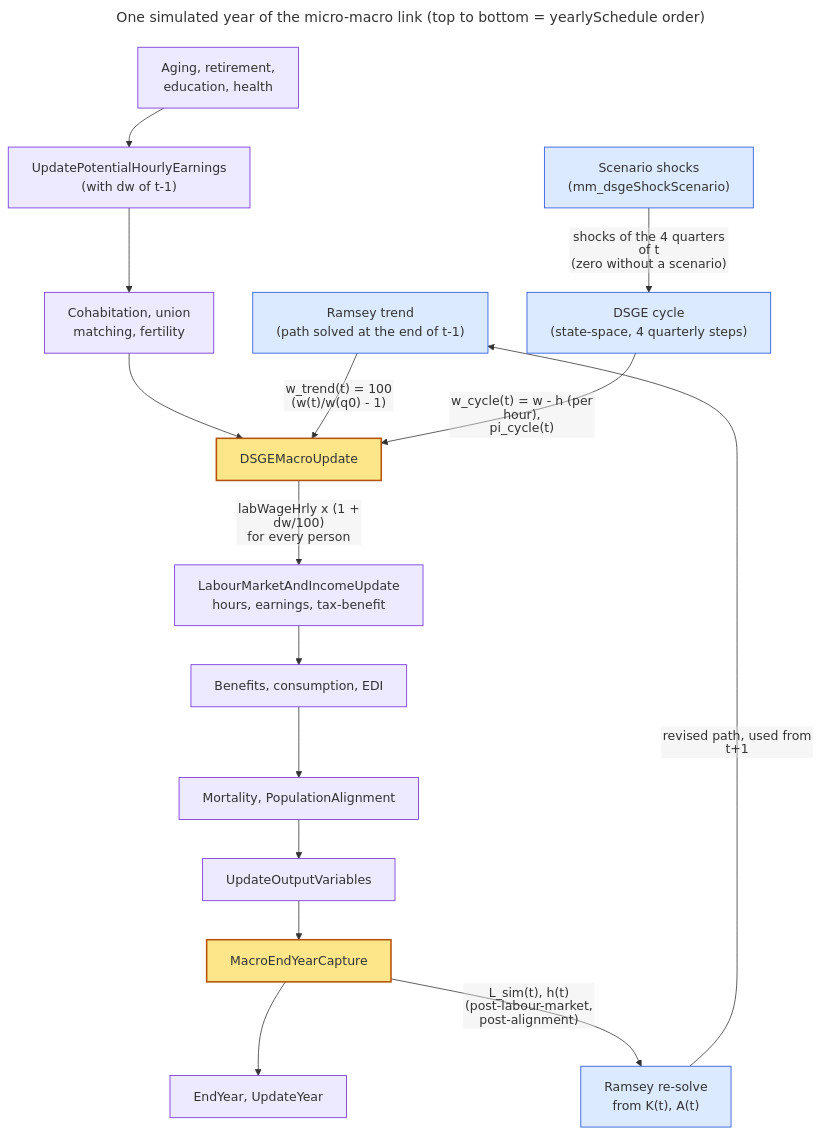
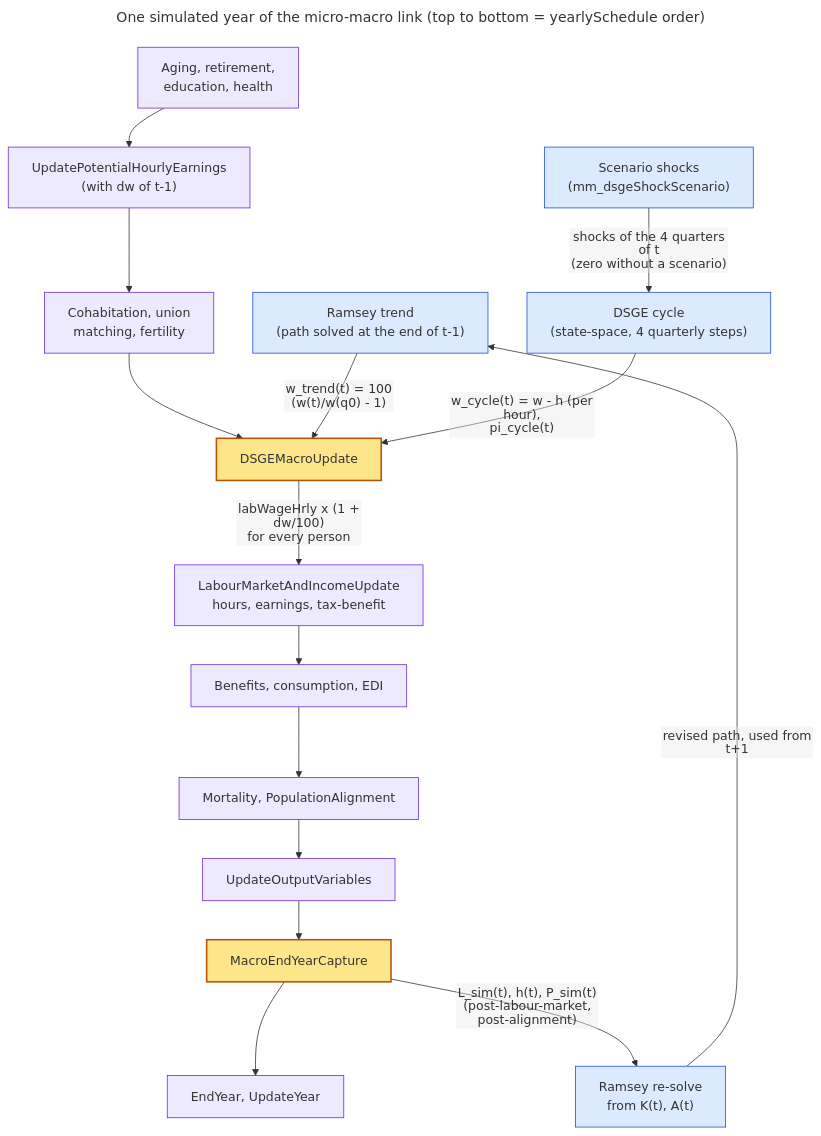
One commit to LiangShi369/SimPathsEUFork changed the first of 2 diagrams in input_processing/macromodel/docs/SimPaths_Coupling.md. Above: the diagram before and after it, drawn with Mermaid. The commit also changed other lines of this file and 145 other files, not shown here.

````diff
--- a/input_processing/macromodel/docs/SimPaths_Coupling.md
+++ b/input_processing/macromodel/docs/SimPaths_Coupling.md
@@ -235,42 +239,42 @@
 ```mermaid
 ---
 title: One simulated year of the micro-macro link (top to bottom = yearlySchedule order)
 config:
   flowchart:
     htmlLabels: false
     wrappingWidth: 400
 ---
 flowchart TB
   A["Aging, retirement,<br/>education, health"]
   W0["UpdatePotentialHourlyEarnings<br/>(with dw of t-1)"]
   U["Cohabitation, union<br/>matching, fertility"]
   M["DSGEMacroUpdate"]
   LM["LabourMarketAndIncomeUpdate<br/>hours, earnings, tax-benefit"]
   B["Benefits, consumption, EDI"]
   P["Mortality, PopulationAlignment"]
   O["UpdateOutputVariables"]
   E["MacroEndYearCapture"]
   Y["EndYear, UpdateYear"]
   R["Ramsey trend<br/>(path solved at the end of t-1)"]
   D["DSGE cycle<br/>(state-space, 4 quarterly steps)"]
   SC["Scenario shocks<br/>(mm_dsgeShockScenario)"]
   RS["Ramsey re-solve<br/>from K(t), A(t)"]
 
   A ~~~ R
   A --> W0 --> U --> M
   M -- "labWageHrly x (1 + dw/100)<br/>for every person" --> LM
   LM --> B --> P --> O --> E --> Y
 
   R -- "w_trend(t) = 100 (w(t)/w(q0) - 1)" --> M
   SC -- "shocks of the 4 quarters of t<br/>(zero without a scenario)" --> D
   D -- "w_cycle(t) = w - h (per hour),<br/>pi_cycle(t)" --> M
-  E -- "L_sim(t), h(t)<br/>(post-labour-market, post-alignment)" --> RS
+  E -- "L_sim(t), h(t), P_sim(t)<br/>(post-labour-market, post-alignment)" --> RS
   RS -- "revised path, used from t+1" --> R
 
   classDef micro fill:#ede9fe,stroke:#6d28d9;
   classDef link fill:#fde68a,stroke:#b45309,stroke-width:2px;
   classDef macro fill:#dbeafe,stroke:#1d4ed8;
   class A,W0,U,LM,B,P,O,Y micro;
   class M,E link;
   class R,D,SC,RS macro;
 ```
````
